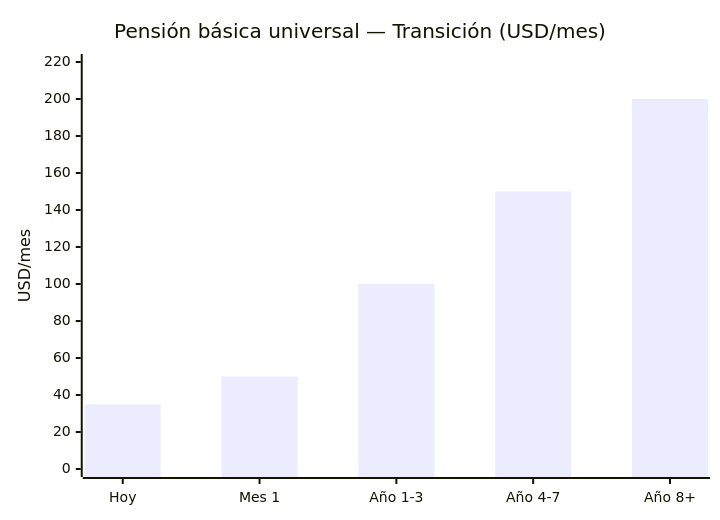
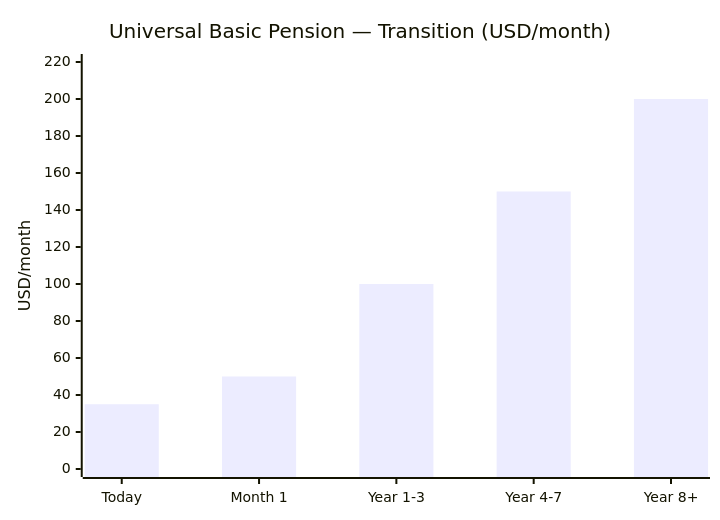
Before and after one commit to Venezuela-S-A/venezuela-sa: the second of 2 diagrams in i18n/en/docusaurus-plugin-content-docs/current/06-realidad/pensiones-seguridad-social.md, drawn with Mermaid. The commit also changed other lines of this file and 127 other files, not shown here.

````diff
--- a/i18n/en/docusaurus-plugin-content-docs/current/06-realidad/pensiones-seguridad-social.md
+++ b/i18n/en/docusaurus-plugin-content-docs/current/06-realidad/pensiones-seguridad-social.md
@@ -54,7 +58,7 @@
 ```mermaid
 xychart-beta
-    title "Pensión básica universal — Transición (USD/mes)"
-    x-axis ["Hoy", "Mes 1", "Año 1-3", "Año 4-7", "Año 8+"]
-    y-axis "USD/mes" 0 --> 220
+    title "Universal Basic Pension — Transition (USD/month)"
+    x-axis ["Today", "Month 1", "Year 1-3", "Year 4-7", "Year 8+"]
+    y-axis "USD/month" 0 --> 220
     bar [35, 50, 100, 150, 200]
 ```
````
